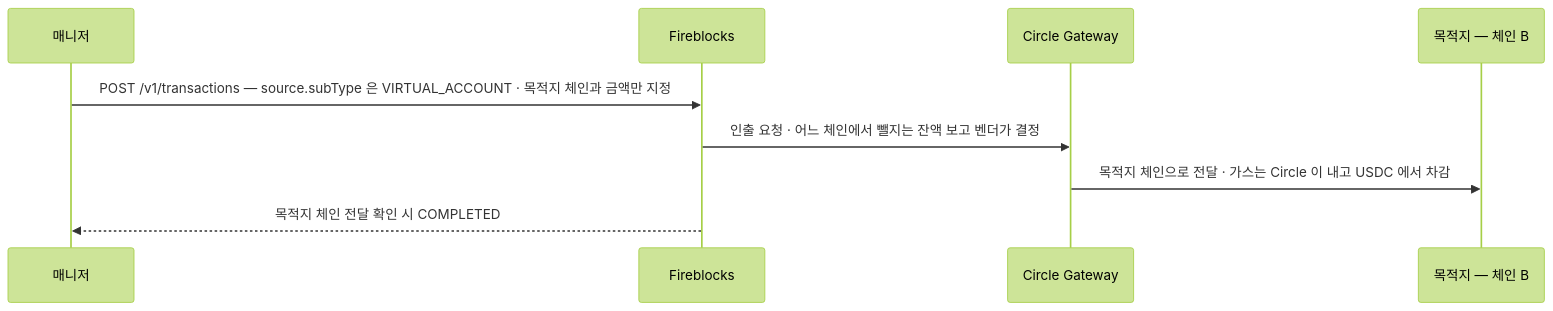
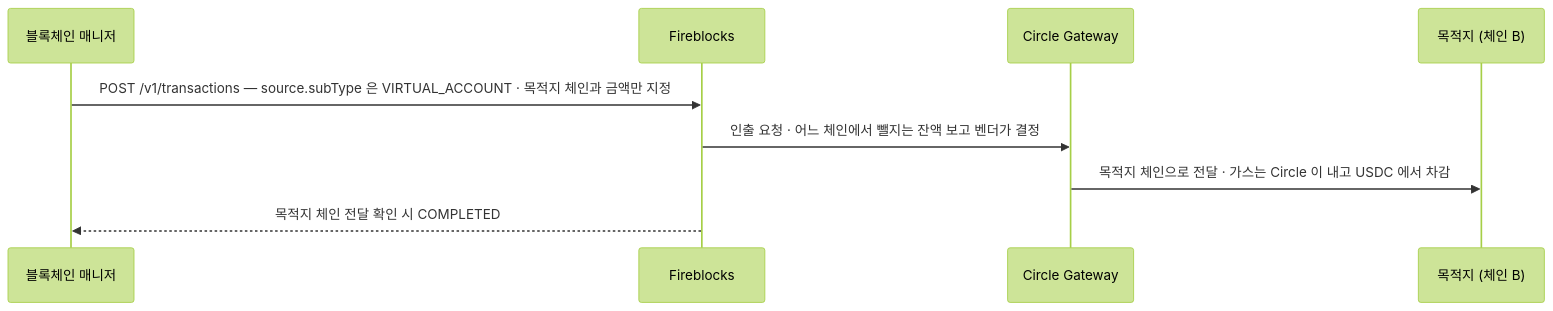
Before and after one commit to eunsujeo/eunpus: the third of 3 diagrams in blockchain-manager/docs/블록체인매니저/브릿지/03-usdc-gateway.md, drawn with Mermaid (forest theme). The commit also changed other lines of this file, not shown here.

First line of the commit message:
입금 다이어그램 — vault 지갑을 Fireblocks 묶음 안으로

````diff
--- a/blockchain-manager/docs/블록체인매니저/브릿지/03-usdc-gateway.md
+++ b/blockchain-manager/docs/블록체인매니저/브릿지/03-usdc-gateway.md
@@ -81,12 +85,12 @@
 ```mermaid
 sequenceDiagram
-  participant M as 매니저
+  participant M as 블록체인 매니저
   participant F as Fireblocks
   participant G as Circle Gateway
-  participant D as 목적지 — 체인 B
+  participant D as 목적지 (체인 B)
 
   M->>F: POST /v1/transactions — source.subType 은 VIRTUAL_ACCOUNT · 목적지 체인과 금액만 지정
   F->>G: 인출 요청 · 어느 체인에서 뺄지는 잔액 보고 벤더가 결정
   G->>D: 목적지 체인으로 전달 · 가스는 Circle 이 내고 USDC 에서 차감
   F-->>M: 목적지 체인 전달 확인 시 COMPLETED
 ```
````
